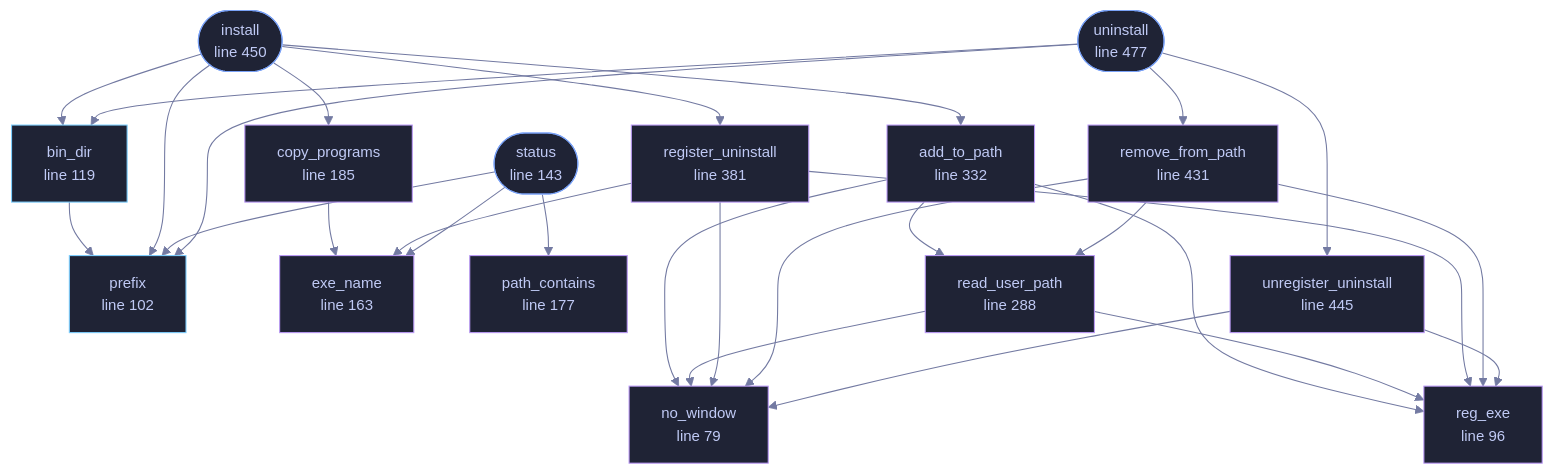
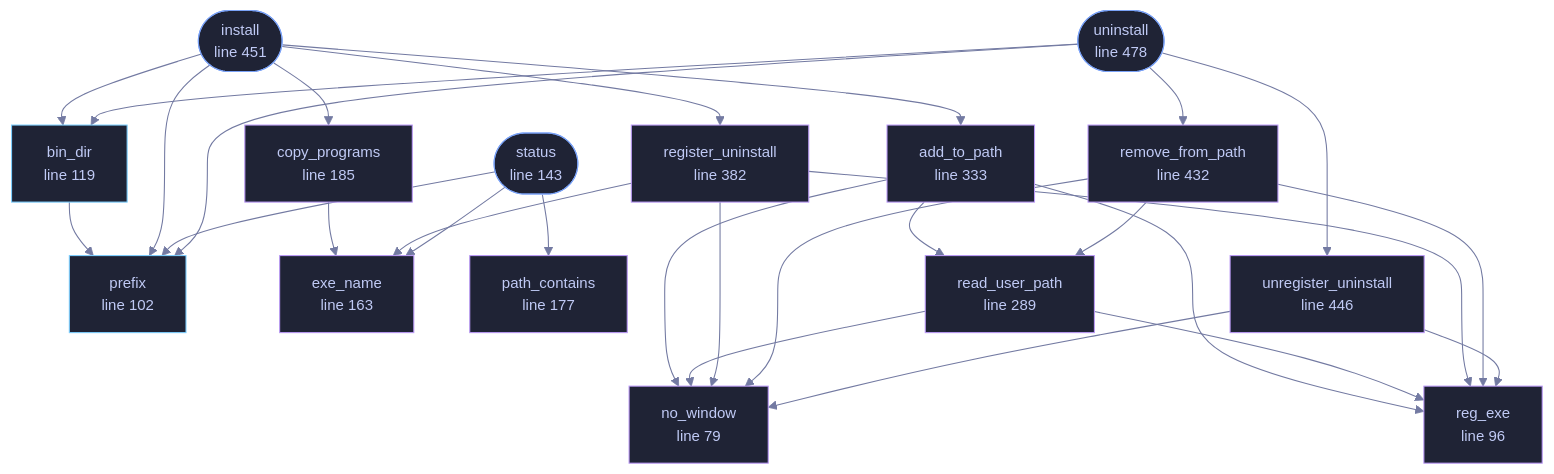
Before and after one commit to tilas01/veilvoice: the diagram in docs/files/veilvoice-cli/install.md, drawn with Mermaid. The commit also changed other lines of this file and 9 other files, not shown here.

````diff
--- a/docs/files/veilvoice-cli/install.md
+++ b/docs/files/veilvoice-cli/install.md
@@ -105,75 +105,75 @@
 ```mermaid
 %%{init: {"theme":"base","themeVariables":{"background":"#1a1b26","primaryColor":"#1f2335","primaryTextColor":"#c0caf5","primaryBorderColor":"#7aa2f7","secondaryColor":"#16161e","tertiaryColor":"#16161e","lineColor":"#737aa2","textColor":"#c0caf5","mainBkg":"#1f2335","nodeBorder":"#7aa2f7","clusterBkg":"#16161e","clusterBorder":"#2f3549","fontFamily":"ui-monospace, SFMono-Regular, Consolas, monospace","fontSize":"14px"}}}%%
 flowchart TD
     n_no_window["no_window<br/>line 79"]
     n_reg_exe["reg_exe<br/>line 96"]
     n_prefix["prefix<br/>line 102"]
     n_bin_dir["bin_dir<br/>line 119"]
     n_status(["status<br/>line 143"])
     n_exe_name["exe_name<br/>line 163"]
     n_path_contains["path_contains<br/>line 177"]
     n_copy_programs["copy_programs<br/>line 185"]
     n_add_to_path["add_to_path<br/>line 227"]
-    n_read_user_path["read_user_path<br/>line 288"]
-    n_add_to_path["add_to_path<br/>line 332"]
-    n_register_uninstall["register_uninstall<br/>line 342"]
-    n_register_uninstall["register_uninstall<br/>line 381"]
-    n_remove_from_path["remove_from_path<br/>line 386"]
-    n_remove_from_path["remove_from_path<br/>line 431"]
-    n_unregister_uninstall["unregister_uninstall<br/>line 436"]
-    n_unregister_uninstall["unregister_uninstall<br/>line 445"]
-    n_install(["install<br/>line 450"])
-    n_uninstall(["uninstall<br/>line 477"])
+    n_read_user_path["read_user_path<br/>line 289"]
+    n_add_to_path["add_to_path<br/>line 333"]
+    n_register_uninstall["register_uninstall<br/>line 343"]
+    n_register_uninstall["register_uninstall<br/>line 382"]
+    n_remove_from_path["remove_from_path<br/>line 387"]
+    n_remove_from_path["remove_from_path<br/>line 432"]
+    n_unregister_uninstall["unregister_uninstall<br/>line 437"]
+    n_unregister_uninstall["unregister_uninstall<br/>line 446"]
+    n_install(["install<br/>line 451"])
+    n_uninstall(["uninstall<br/>line 478"])
     n_add_to_path --> n_no_window
     n_add_to_path --> n_read_user_path
     n_add_to_path --> n_reg_exe
     n_bin_dir --> n_prefix
     n_copy_programs --> n_exe_name
     n_install --> n_add_to_path
     n_install --> n_bin_dir
     n_install --> n_copy_programs
     n_install --> n_prefix
     n_install --> n_register_uninstall
     n_read_user_path --> n_no_window
     n_read_user_path --> n_reg_exe
     n_register_uninstall --> n_exe_name
     n_register_uninstall --> n_no_window
     n_register_uninstall --> n_reg_exe
     n_remove_from_path --> n_no_window
     n_remove_from_path --> n_read_user_path
     n_remove_from_path --> n_reg_exe
     n_status --> n_exe_name
     n_status --> n_path_contains
     n_status --> n_prefix
     n_uninstall --> n_bin_dir
     n_uninstall --> n_prefix
     n_uninstall --> n_remove_from_path
     n_uninstall --> n_unregister_uninstall
     n_unregister_uninstall --> n_no_window
     n_unregister_uninstall --> n_reg_exe
     click n_no_window href "https://github.com/tilas01/veilvoice/blob/main/crates/veilvoice-cli/src/install.rs#L79" "open the source"
     click n_reg_exe href "https://github.com/tilas01/veilvoice/blob/main/crates/veilvoice-cli/src/install.rs#L96" "open the source"
     click n_prefix href "https://github.com/tilas01/veilvoice/blob/main/crates/veilvoice-cli/src/install.rs#L102" "open the source"
     click n_bin_dir href "https://github.com/tilas01/veilvoice/blob/main/crates/veilvoice-cli/src/install.rs#L119" "open the source"
     click n_status href "https://github.com/tilas01/veilvoice/blob/main/crates/veilvoice-cli/src/install.rs#L143" "open the source"
     click n_exe_name href "https://github.com/tilas01/veilvoice/blob/main/crates/veilvoice-cli/src/install.rs#L163" "open the source"
     click n_path_contains href "https://github.com/tilas01/veilvoice/blob/main/crates/veilvoice-cli/src/install.rs#L177" "open the source"
     click n_copy_programs href "https://github.com/tilas01/veilvoice/blob/main/crates/veilvoice-cli/src/install.rs#L185" "open the source"
     click n_add_to_path href "https://github.com/tilas01/veilvoice/blob/main/crates/veilvoice-cli/src/install.rs#L227" "open the source"
-    click n_read_user_path href "https://github.com/tilas01/veilvoice/blob/main/crates/veilvoice-cli/src/install.rs#L288" "open the source"
-    click n_add_to_path href "https://github.com/tilas01/veilvoice/blob/main/crates/veilvoice-cli/src/install.rs#L332" "open the source"
-    click n_register_uninstall href "https://github.com/tilas01/veilvoice/blob/main/crates/veilvoice-cli/src/install.rs#L342" "open the source"
-    click n_register_uninstall href "https://github.com/tilas01/veilvoice/blob/main/crates/veilvoice-cli/src/install.rs#L381" "open the source"
-    click n_remove_from_path href "https://github.com/tilas01/veilvoice/blob/main/crates/veilvoice-cli/src/install.rs#L386" "open the source"
-    click n_remove_from_path href "https://github.com/tilas01/veilvoice/blob/main/crates/veilvoice-cli/src/install.rs#L431" "open the source"
-    click n_unregister_uninstall href "https://github.com/tilas01/veilvoice/blob/main/crates/veilvoice-cli/src/install.rs#L436" "open the source"
-    click n_unregister_uninstall href "https://github.com/tilas01/veilvoice/blob/main/crates/veilvoice-cli/src/install.rs#L445" "open the source"
-    click n_install href "https://github.com/tilas01/veilvoice/blob/main/crates/veilvoice-cli/src/install.rs#L450" "open the source"
-    click n_uninstall href "https://github.com/tilas01/veilvoice/blob/main/crates/veilvoice-cli/src/install.rs#L477" "open the source"
+    click n_read_user_path href "https://github.com/tilas01/veilvoice/blob/main/crates/veilvoice-cli/src/install.rs#L289" "open the source"
+    click n_add_to_path href "https://github.com/tilas01/veilvoice/blob/main/crates/veilvoice-cli/src/install.rs#L333" "open the source"
+    click n_register_uninstall href "https://github.com/tilas01/veilvoice/blob/main/crates/veilvoice-cli/src/install.rs#L343" "open the source"
+    click n_register_uninstall href "https://github.com/tilas01/veilvoice/blob/main/crates/veilvoice-cli/src/install.rs#L382" "open the source"
+    click n_remove_from_path href "https://github.com/tilas01/veilvoice/blob/main/crates/veilvoice-cli/src/install.rs#L387" "open the source"
+    click n_remove_from_path href "https://github.com/tilas01/veilvoice/blob/main/crates/veilvoice-cli/src/install.rs#L432" "open the source"
+    click n_unregister_uninstall href "https://github.com/tilas01/veilvoice/blob/main/crates/veilvoice-cli/src/install.rs#L437" "open the source"
+    click n_unregister_uninstall href "https://github.com/tilas01/veilvoice/blob/main/crates/veilvoice-cli/src/install.rs#L446" "open the source"
+    click n_install href "https://github.com/tilas01/veilvoice/blob/main/crates/veilvoice-cli/src/install.rs#L451" "open the source"
+    click n_uninstall href "https://github.com/tilas01/veilvoice/blob/main/crates/veilvoice-cli/src/install.rs#L478" "open the source"
     classDef entry fill:#1f2335,stroke:#7aa2f7,color:#c0caf5
     class n_status,n_install,n_uninstall entry
     classDef api fill:#1f2335,stroke:#7dcfff,color:#c0caf5
     class n_prefix,n_bin_dir api
     classDef helper fill:#1f2335,stroke:#bb9af7,color:#c0caf5
     class n_no_window,n_reg_exe,n_exe_name,n_path_contains,n_copy_programs,n_add_to_path,n_read_user_path,n_add_to_path,n_register_uninstall,n_register_uninstall,n_remove_from_path,n_remove_from_path,n_unregister_uninstall,n_unregister_uninstall helper
 ```
````
